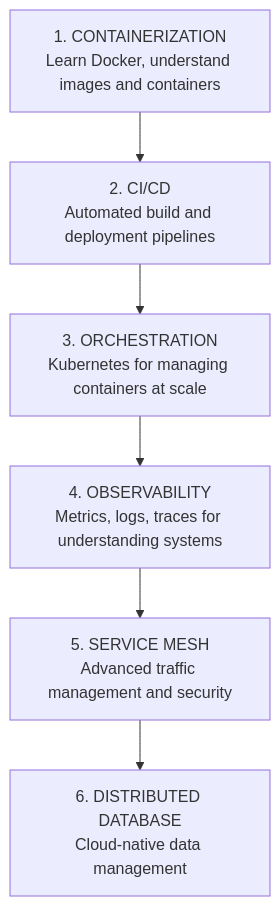
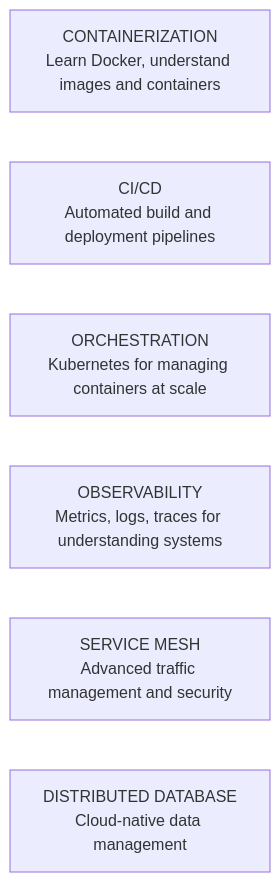
One commit to kube-dojo/kube-dojo.github.io changed the third of 4 diagrams in src/content/docs/prerequisites/cloud-native-101/module-1.4-cloud-native-ecosystem.md. Above: the diagram before and after it, drawn with Mermaid. The commit also changed other lines of this file, not shown here.

First line of the commit message:
Improve cloud native ecosystem lesson (#2278) (#3836)

````diff
--- a/src/content/docs/prerequisites/cloud-native-101/module-1.4-cloud-native-ecosystem.md
+++ b/src/content/docs/prerequisites/cloud-native-101/module-1.4-cloud-native-ecosystem.md
@@ -231,11 +218,11 @@
 ```mermaid
 flowchart TD
-    S1["1. CONTAINERIZATION<br/>Learn Docker, understand images and containers"]
-    S2["2. CI/CD<br/>Automated build and deployment pipelines"]
-    S3["3. ORCHESTRATION<br/>Kubernetes for managing containers at scale"]
-    S4["4. OBSERVABILITY<br/>Metrics, logs, traces for understanding systems"]
-    S5["5. SERVICE MESH<br/>Advanced traffic management and security"]
-    S6["6. DISTRIBUTED DATABASE<br/>Cloud-native data management"]
+    S1["CONTAINERIZATION<br/>Learn Docker, understand images and containers"]
+    S2["CI/CD<br/>Automated build and deployment pipelines"]
+    S3["ORCHESTRATION<br/>Kubernetes for managing containers at scale"]
+    S4["OBSERVABILITY<br/>Metrics, logs, traces for understanding systems"]
+    S5["SERVICE MESH<br/>Advanced traffic management and security"]
+    S6["DISTRIBUTED DATABASE<br/>Cloud-native data management"]
     
-    S1 --> S2 --> S3 --> S4 --> S5 --> S6
+    S1 ~~~ S2 ~~~ S3 ~~~ S4 ~~~ S5 ~~~ S6
 ```
````
